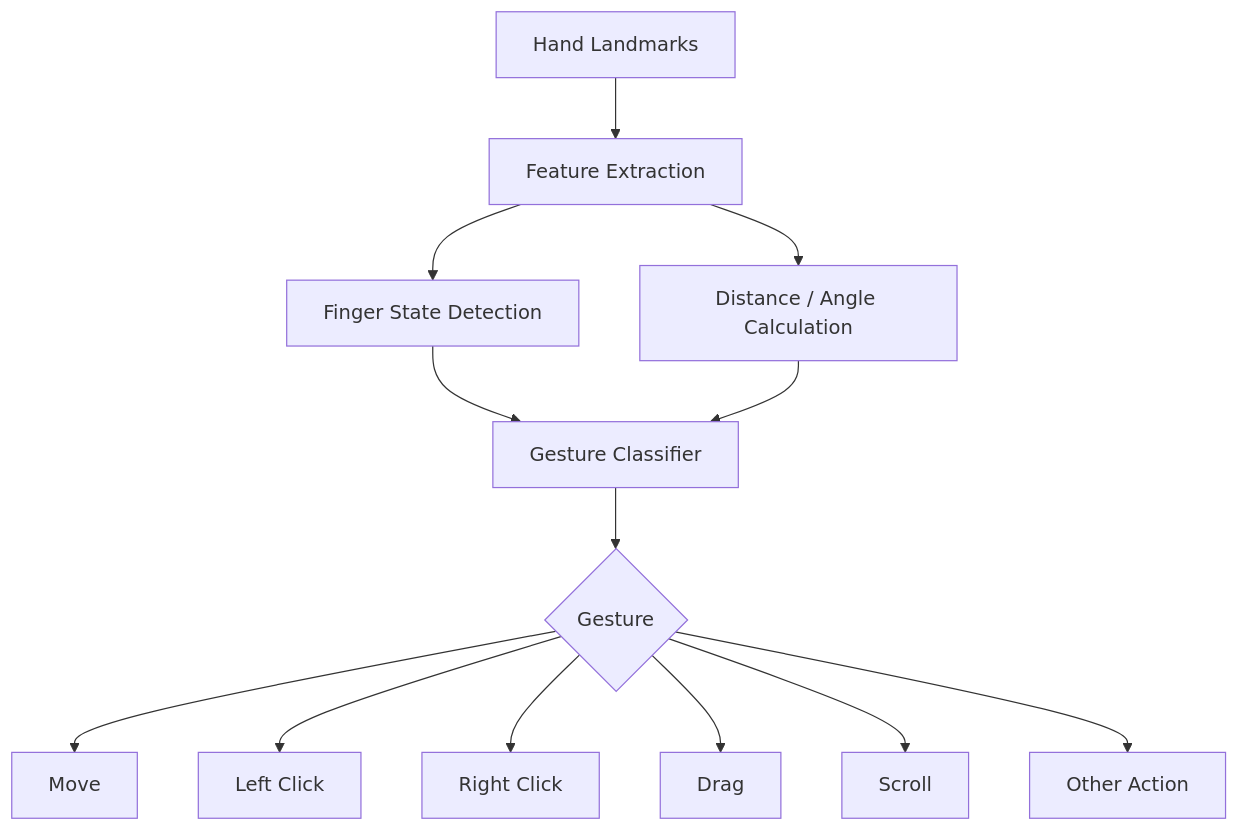
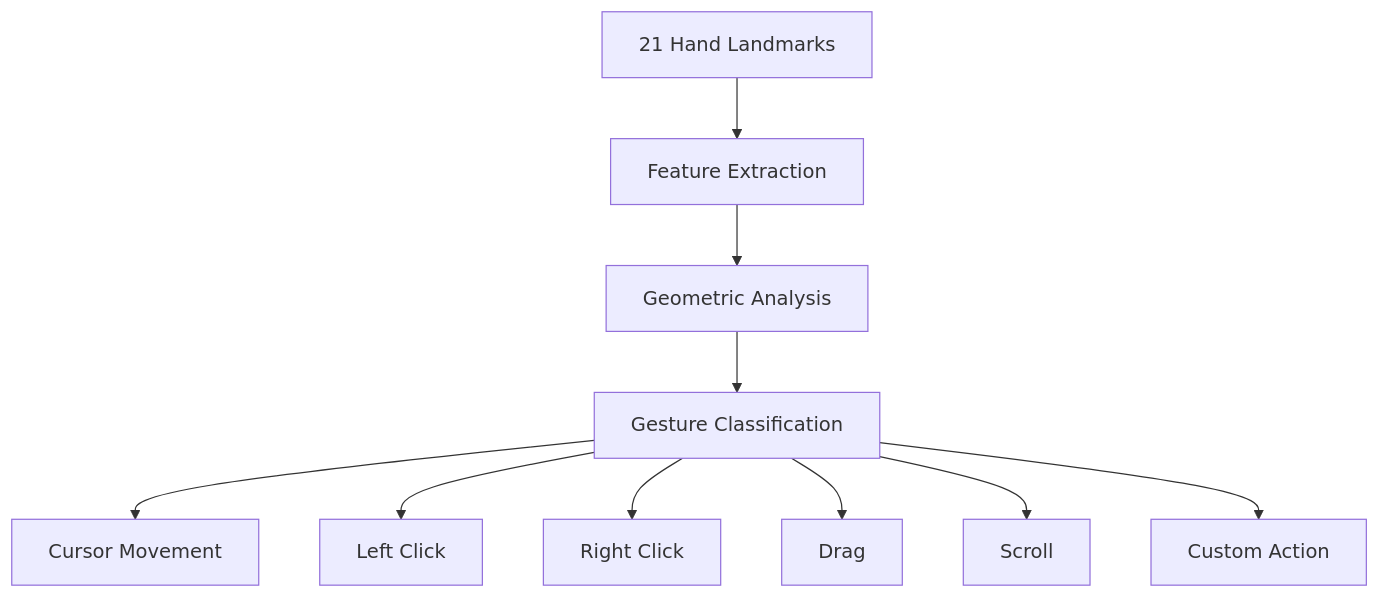
The second of 3 diagrams in README.md (dhruvlad1/GestureFlow), drawn with Mermaid before and after one commit. The commit also changed other lines of this file, not shown here.

````diff
--- a/README.md
+++ b/README.md
@@ -810,23 +669,13 @@
 ```mermaid
 flowchart TD
-    A[Hand Landmarks]
-    B[Feature Extraction]
-    C[Finger State Detection]
-    D[Distance / Angle Calculation]
-    E[Gesture Classifier]
-    F{Gesture}
+    A[21 Hand Landmarks] --> B[Feature Extraction]
+    B --> C[Geometric Analysis]
+    C --> D[Gesture Classification]
 
-    A --> B
-    B --> C
-    B --> D
-    C --> E
-    D --> E
-    E --> F
-
-    F --> G[Move]
-    F --> H[Left Click]
-    F --> I[Right Click]
-    F --> J[Drag]
-    F --> K[Scroll]
-    F --> L[Other Action]
+    D --> E[Cursor Movement]
+    D --> F[Left Click]
+    D --> G[Right Click]
+    D --> H[Drag]
+    D --> I[Scroll]
+    D --> J[Custom Action]
 ```
````
